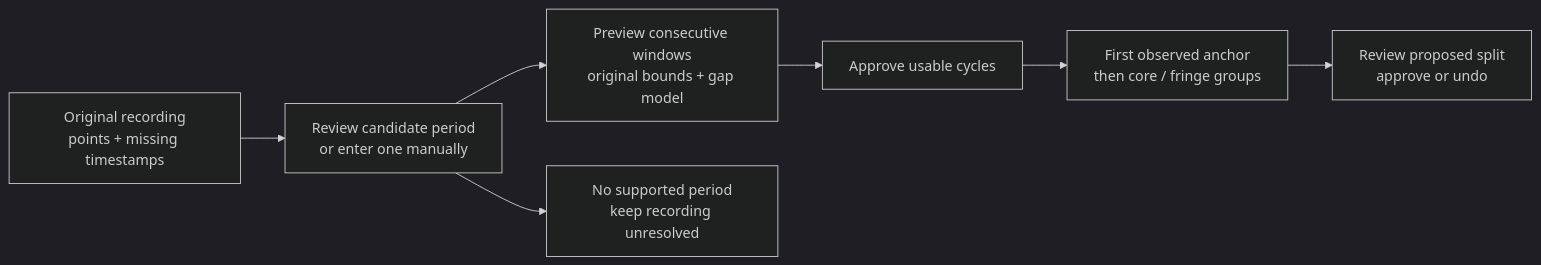
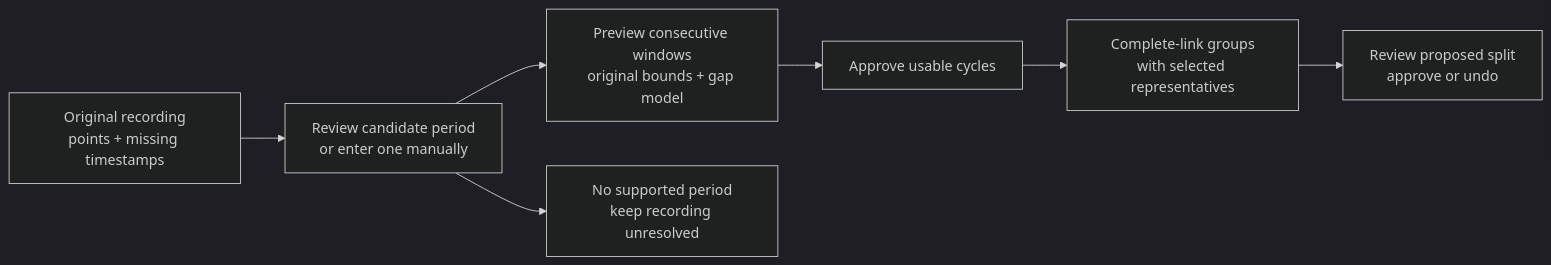
Before and after one commit to iLikeToLie/signal-atlas: the first of 2 diagrams in docs/recordings.md, drawn with Mermaid (dark theme). The commit also changed 24 other files, not shown here.

````diff
--- a/docs/recordings.md
+++ b/docs/recordings.md
@@ -5,9 +5,9 @@
 ```mermaid
 flowchart LR
     R[Original recording\npoints + missing timestamps] --> P[Review candidate period\nor enter one manually]
     P --> W[Preview consecutive windows\noriginal bounds + gap model]
     W --> A[Approve usable cycles]
-    A --> G[First observed anchor\nthen core / fringe groups]
+    A --> G[Complete-link groups\nwith selected representatives]
     P --> U[No supported period\nkeep recording unresolved]
     G --> S[Review proposed split\napprove or undo]
 ```
````
